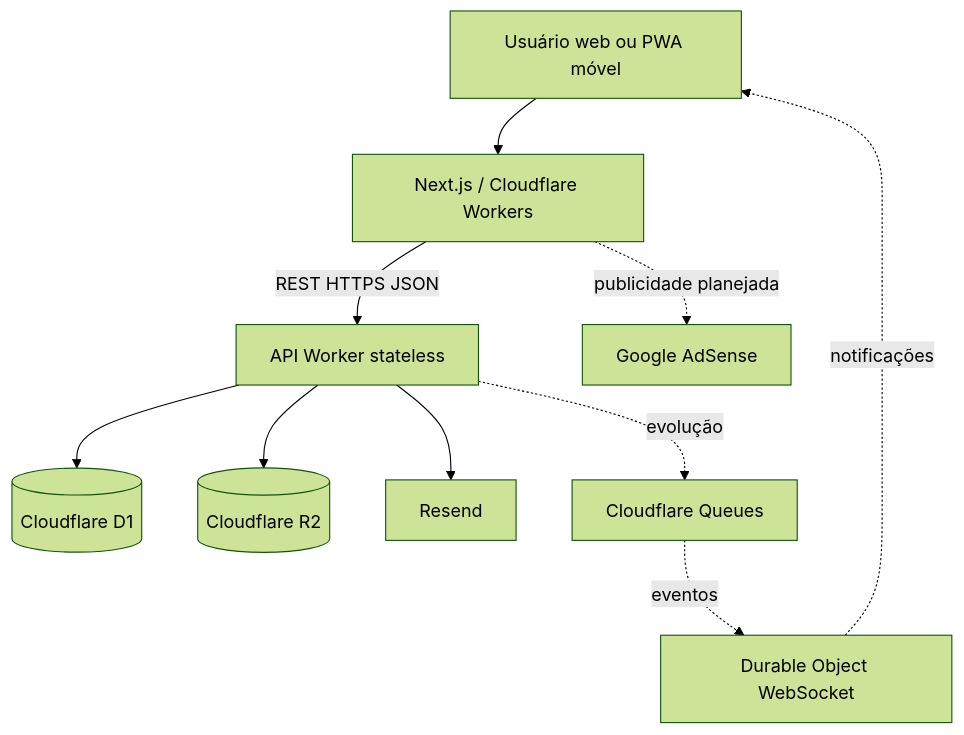
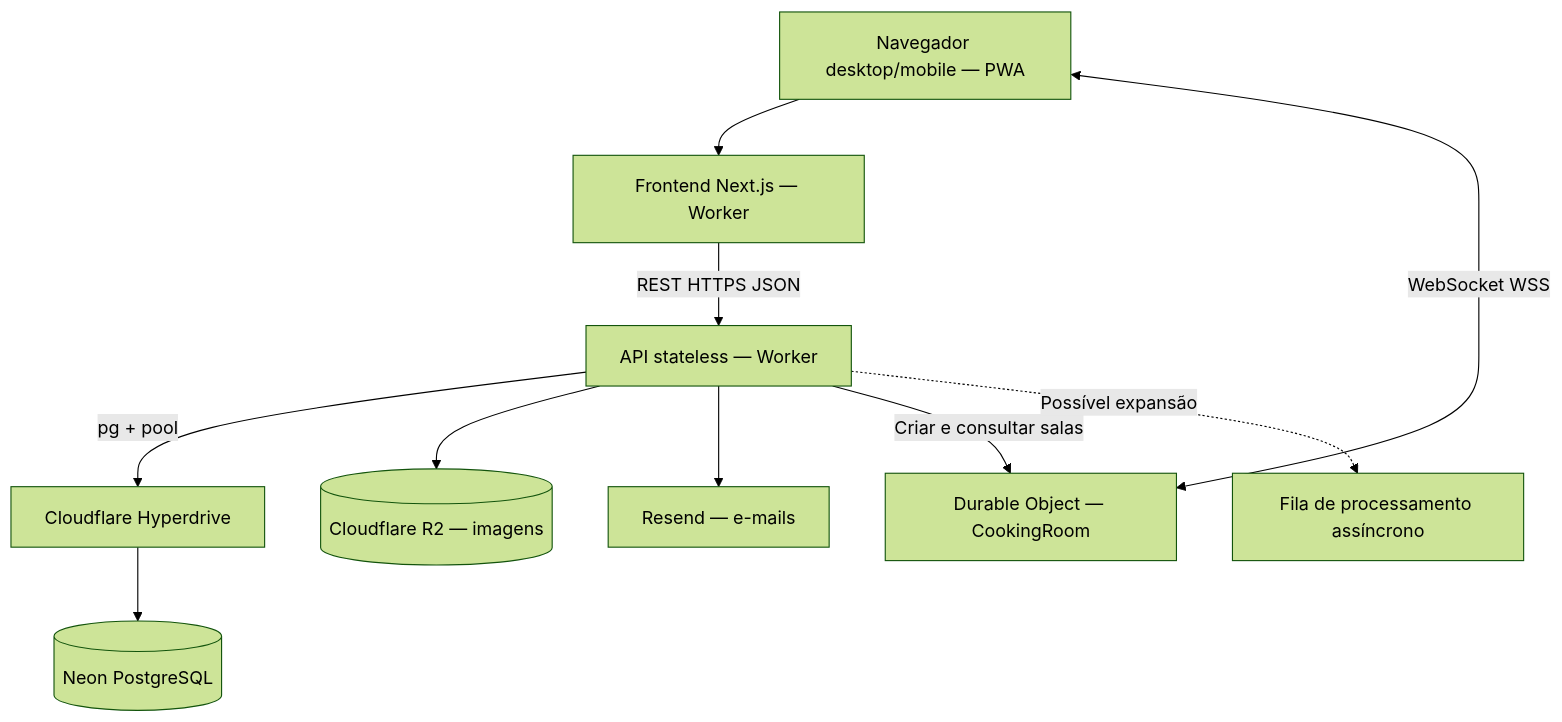
The first of 3 diagrams in docs/system-design-fase4.md (pitado/receitando), drawn with Mermaid (forest theme) before and after one commit. The commit also changed other lines of this file and 71 other files, not shown here.

First line of the commit message:
Fase 4: System Design em PostgreSQL e documentação de escalabilidade

````diff
--- a/docs/system-design-fase4.md
+++ b/docs/system-design-fase4.md
@@ -18,12 +19,12 @@
 ```mermaid
 flowchart TB
-    U[Usuário web ou PWA móvel] --> FE[Next.js / Cloudflare Workers]
-    FE -->|REST HTTPS JSON| API[API Worker stateless]
-    API --> DB[(Cloudflare D1)]
-    API --> IMG[(Cloudflare R2)]
-    API --> EMAIL[Resend]
-    API -. evolução .-> Q[Cloudflare Queues]
-    Q -. eventos .-> DO[Durable Object WebSocket]
-    DO -. notificações .-> U
-    FE -. publicidade planejada .-> ADS[Google AdSense]
+  P["Navegador desktop/mobile — PWA"] --> F["Frontend Next.js — Worker"]
+  F -->|"REST HTTPS JSON"| API["API stateless — Worker"]
+  API -->|"pg + pool"| HD["Cloudflare Hyperdrive"]
+  HD --> DB[("Neon PostgreSQL")]
+  API --> R2[("Cloudflare R2 — imagens")]
+  API --> EM["Resend — e-mails"]
+  P <-->|"WebSocket WSS"| DO["Durable Object — CookingRoom"]
+  API -->|"Criar e consultar salas"| DO
+  API -.->|"Possível expansão"| Q["Fila de processamento assíncrono"]
 ```
````
